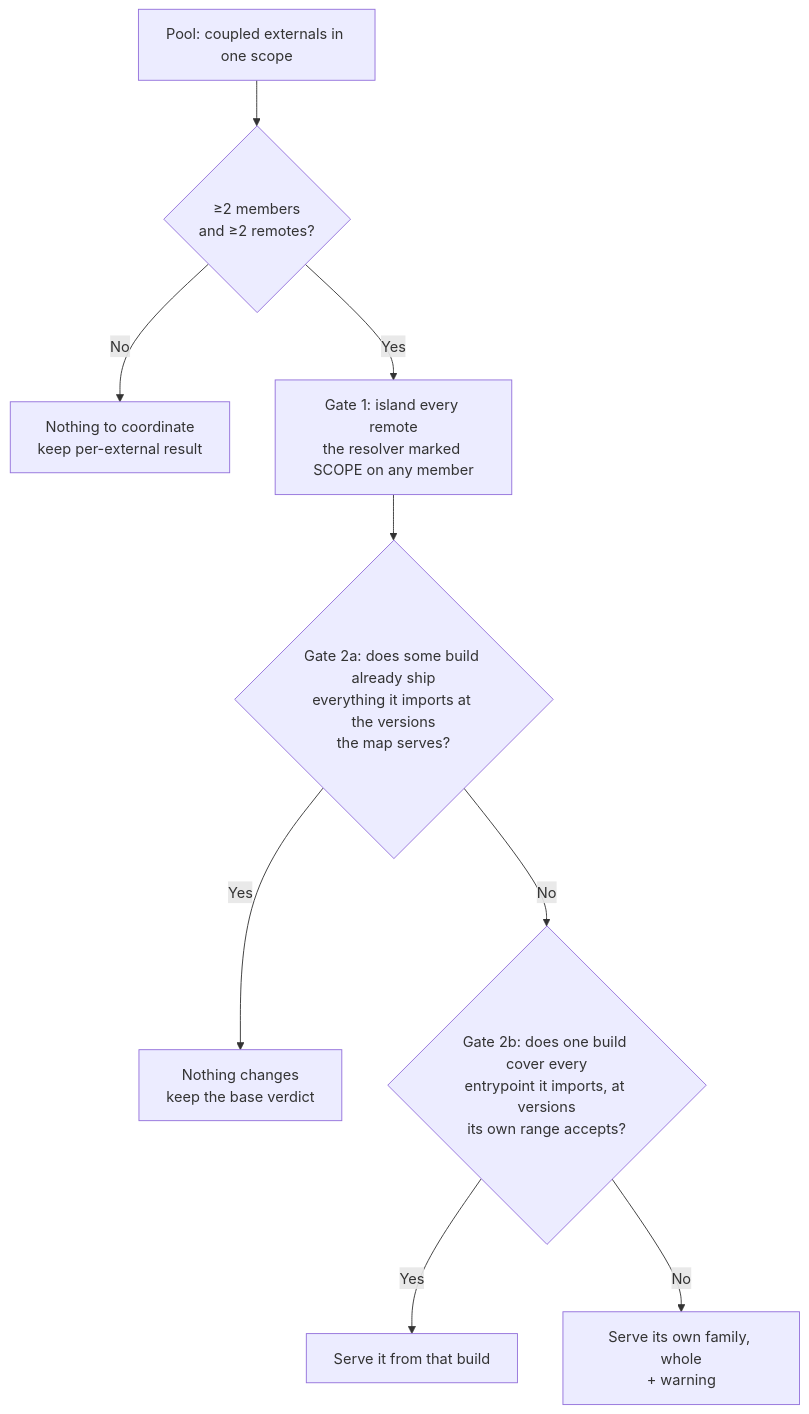
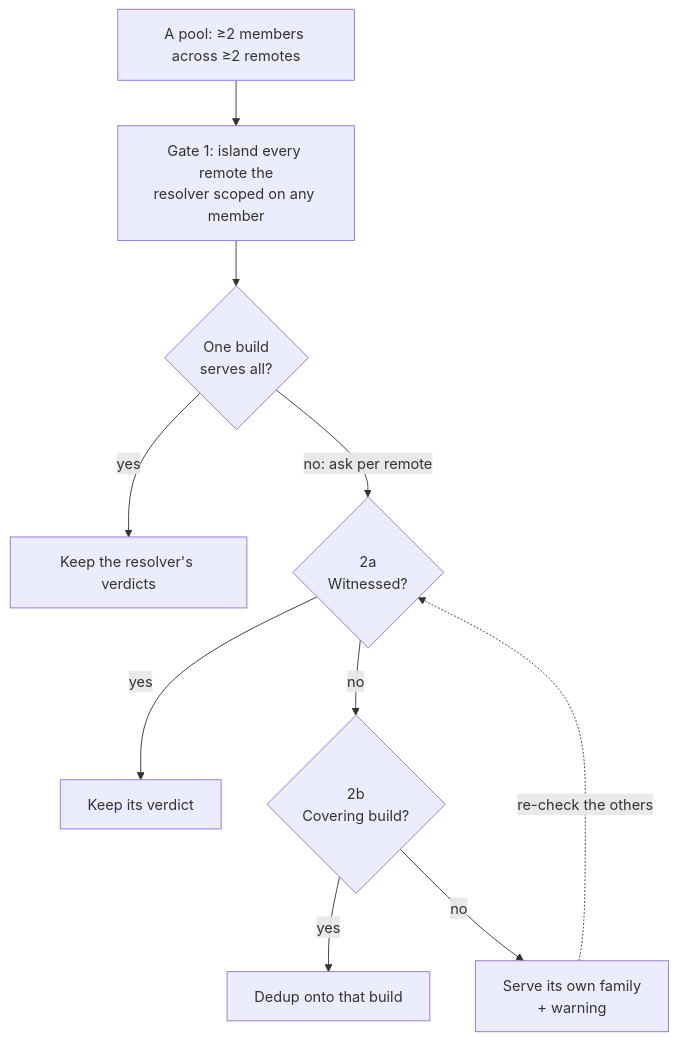
Before and after one commit to native-federation/native-federation-website: the fifth of 9 diagrams in src/content/docs/v4/orchestrator/pooling.md, drawn with Mermaid. The commit also changed other lines of this file and 6 other files, not shown here.

````diff
--- a/src/content/docs/v4/orchestrator/pooling.md
+++ b/src/content/docs/v4/orchestrator/pooling.md
@@ -142,11 +197,12 @@
 ```mermaid
 flowchart TD
-    A[Pool: coupled externals in one scope] --> B{≥2 members<br/>and ≥2 remotes?}
-    B -->|No| Z[Nothing to coordinate<br/>keep per-external result]
-    B -->|Yes| C[Gate 1: island every remote<br/>the resolver marked SCOPE on any member]
-    C --> W{Gate 2a: does some build already ship<br/>everything it imports at the versions<br/>the map serves?}
-    W -->|Yes| H[Nothing changes<br/>keep the base verdict]
-    W -->|No| D{Gate 2b: does one build cover every<br/>entrypoint it imports, at versions<br/>its own range accepts?}
-    D -->|Yes| S[Serve it from that build]
-    D -->|No| E[Serve its own family, whole<br/>+ warning]
+    A["A pool: ≥2 members across ≥2 remotes"] --> G1["Gate 1: island every remote the<br/>resolver scoped on any member"]
+    G1 --> F{"One build<br/>serves all?"}
+    F -->|"yes"| K["Keep the resolver's verdicts"]
+    F -->|"no: ask per remote"| W{"2a<br/>Witnessed?"}
+    W -->|"yes"| K2["Keep its verdict"]
+    W -->|"no"| C{"2b<br/>Covering build?"}
+    C -->|"yes"| S["Dedup onto that build"]
+    C -->|"no"| O["Serve its own family<br/>+ warning"]
+    O -. "re-check the others" .-> W
 ```
````
